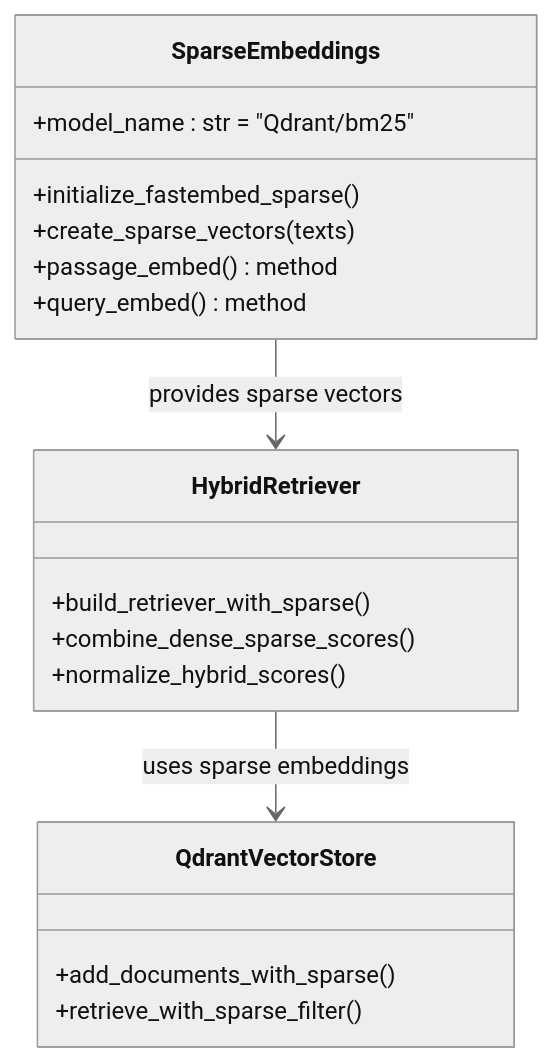
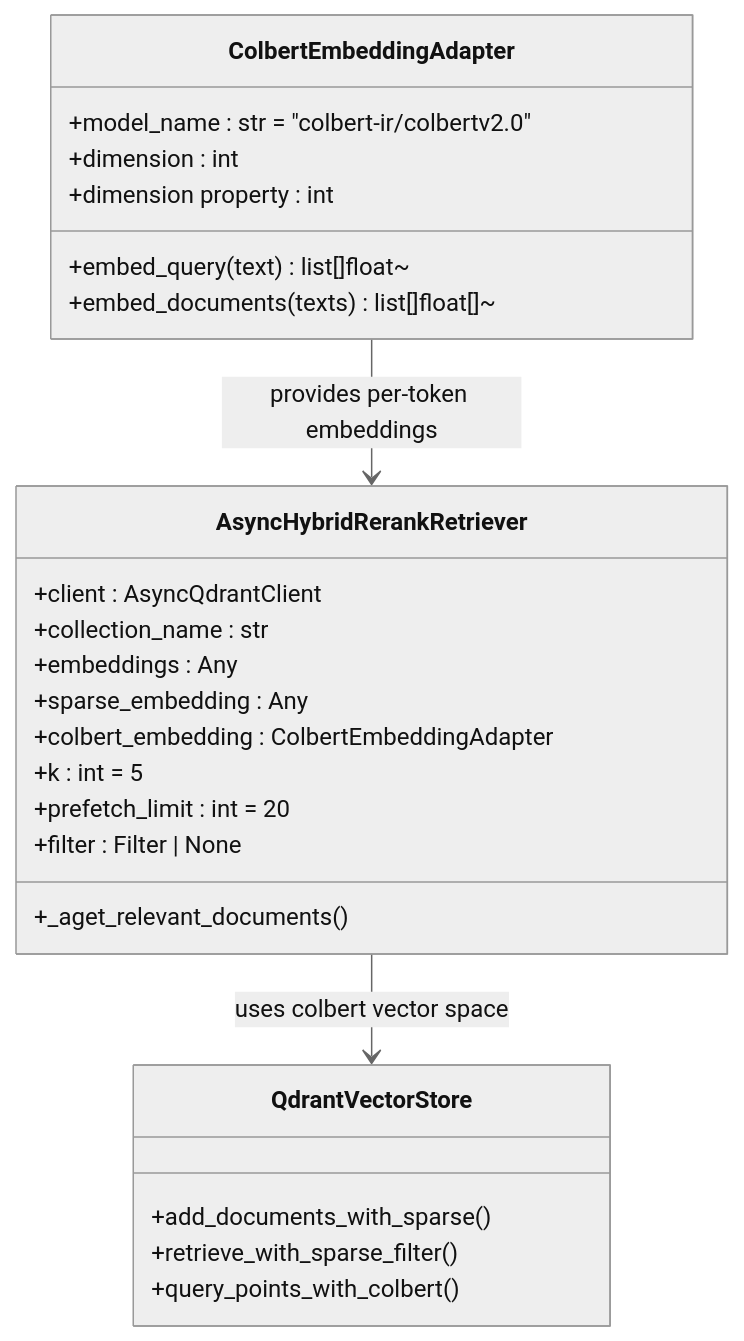
One commit to ognelis/cafetera_hr_bot changed the eighth of 15 diagrams in .qoder/repowiki/en/content/RAG Integration/RAG Parser Enhancement.md. Above: the diagram before and after it, drawn with Mermaid (neutral theme). The commit also changed other lines of this file and 27 other files, not shown here.

Commit message:
CAFETERA-42 hybrid rerank search

````diff
--- a/.qoder/repowiki/en/content/RAG Integration/RAG Parser Enhancement.md
+++ b/.qoder/repowiki/en/content/RAG Integration/RAG Parser Enhancement.md
@@ -434,21 +460,28 @@
 ```mermaid
 classDiagram
-class SparseEmbeddings {
-+model_name : str = "Qdrant/bm25"
-+initialize_fastembed_sparse()
-+create_sparse_vectors(texts)
-+passage_embed() method
-+query_embed() method
+class ColbertEmbeddingAdapter {
++model_name : str = "colbert-ir/colbertv2.0"
++dimension : int
++embed_query(text) list[]float~
++embed_documents(texts) list[]float[]~
++dimension property : int
 }
-class HybridRetriever {
-+build_retriever_with_sparse()
-+combine_dense_sparse_scores()
-+normalize_hybrid_scores()
+class AsyncHybridRerankRetriever {
++client : AsyncQdrantClient
++collection_name : str
++embeddings : Any
++sparse_embedding : Any
++colbert_embedding : ColbertEmbeddingAdapter
++k : int = 5
++prefetch_limit : int = 20
++filter : Filter | None
++_aget_relevant_documents()
 }
 class QdrantVectorStore {
 +add_documents_with_sparse()
 +retrieve_with_sparse_filter()
++query_points_with_colbert()
 }
-SparseEmbeddings --> HybridRetriever : provides sparse vectors
-HybridRetriever --> QdrantVectorStore : uses sparse embeddings
+ColbertEmbeddingAdapter --> AsyncHybridRerankRetriever : provides per-token embeddings
+AsyncHybridRerankRetriever --> QdrantVectorStore : uses colbert vector space
 ```
````
